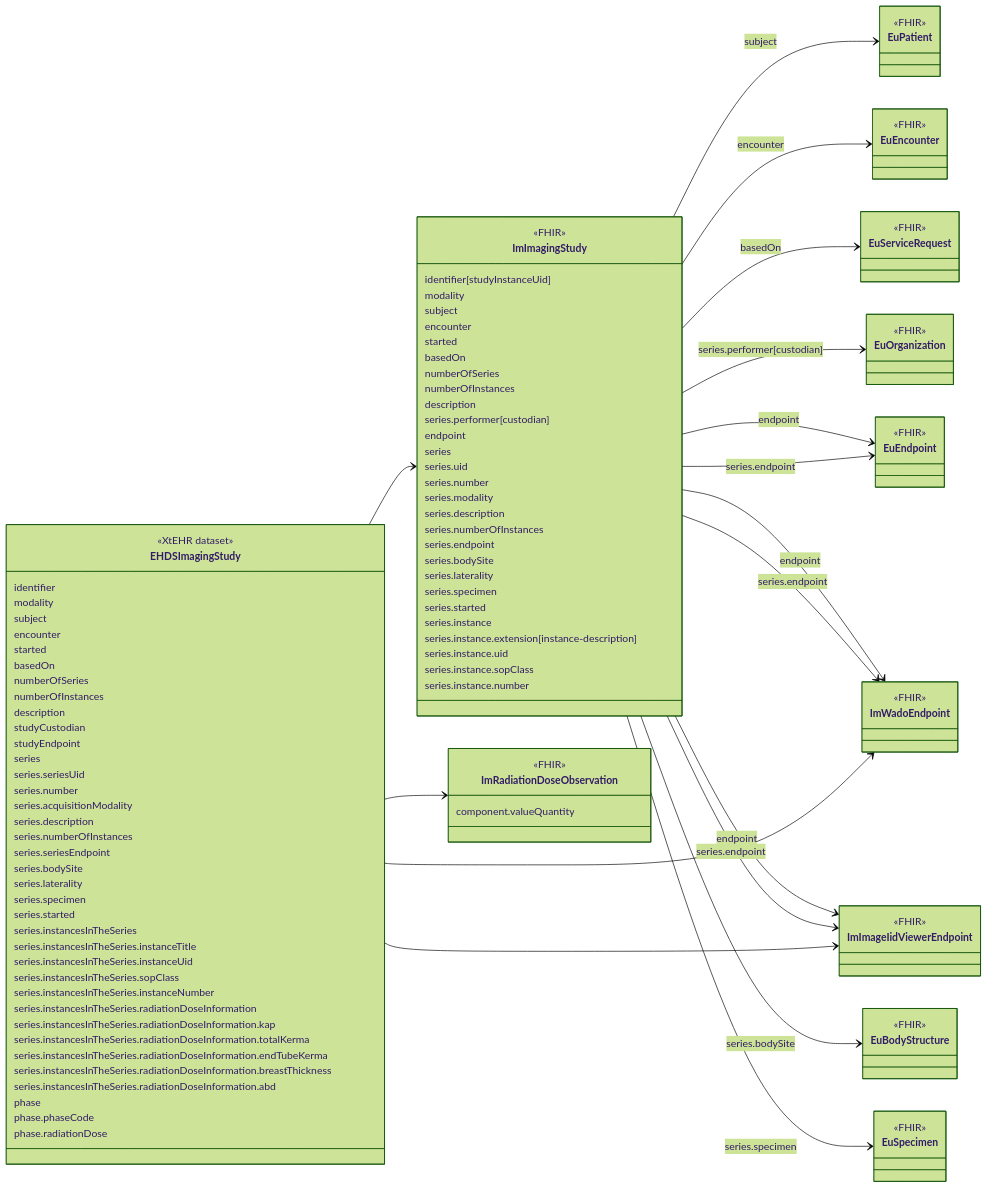
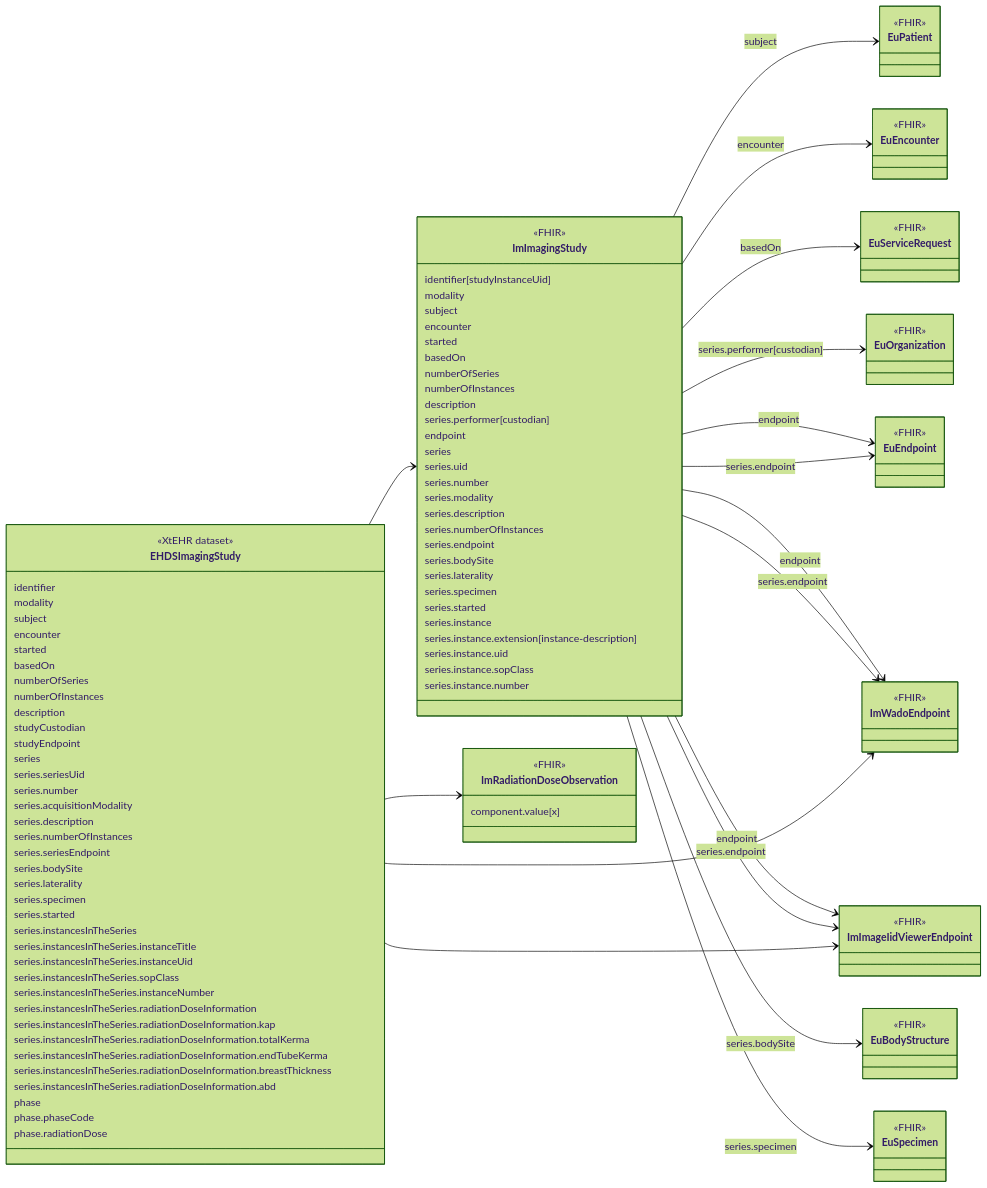
The diagram in input/intro-notes/ConceptMap-EHDSImagingStudyMap-intro.md (oijauregui/ehdsimaging), drawn with Mermaid (forest theme) before and after one commit. The commit also changed 13 other files, not shown here.

Commit message:
Added missing fields to observation resources and fixed related modelling error (valueQuantity -> value[x])

```diff
--- a/input/intro-notes/ConceptMap-EHDSImagingStudyMap-intro.md
+++ b/input/intro-notes/ConceptMap-EHDSImagingStudyMap-intro.md
@@ -80,7 +80,7 @@
 class ImImageIidViewerEndpoint
 class ImRadiationDoseObservation{
   <<FHIR>>
-  component.valueQuantity
+  component.value[x]
 }
 
 class EuPatient {
```
